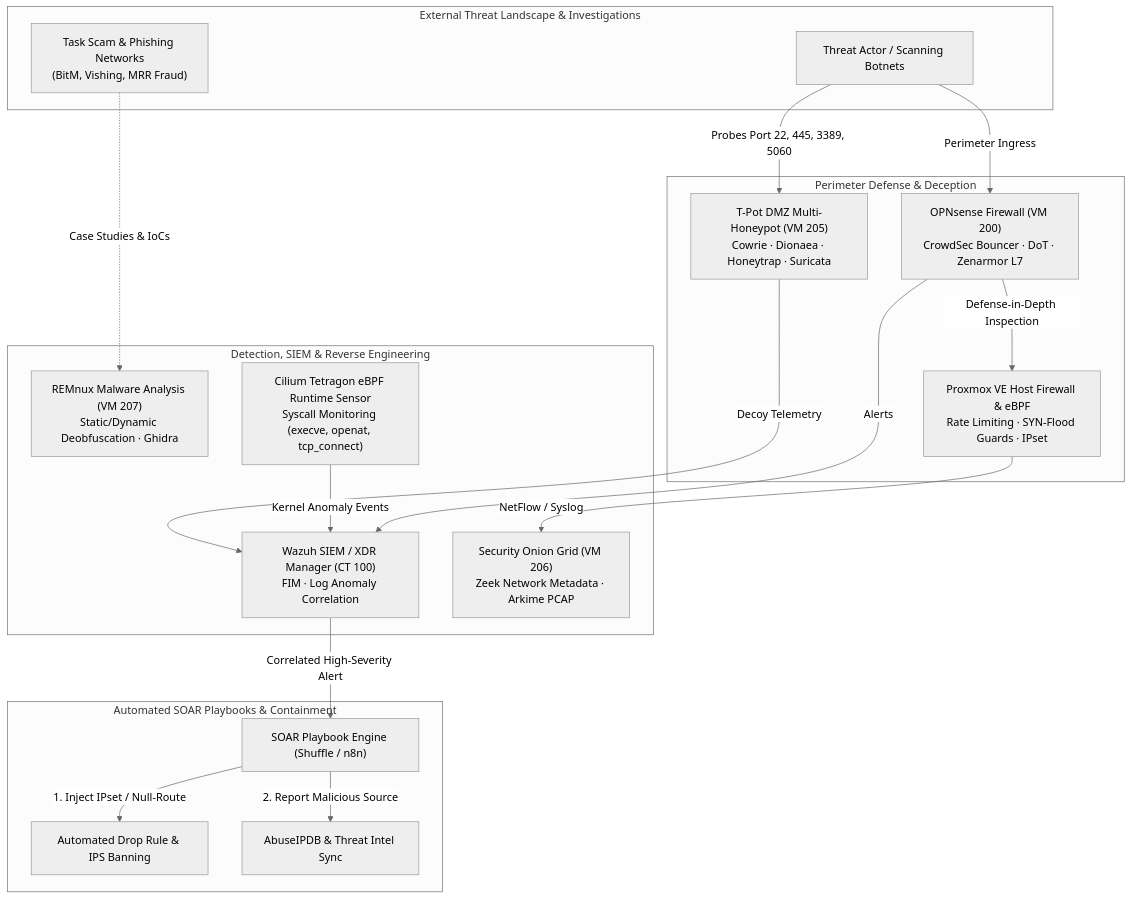
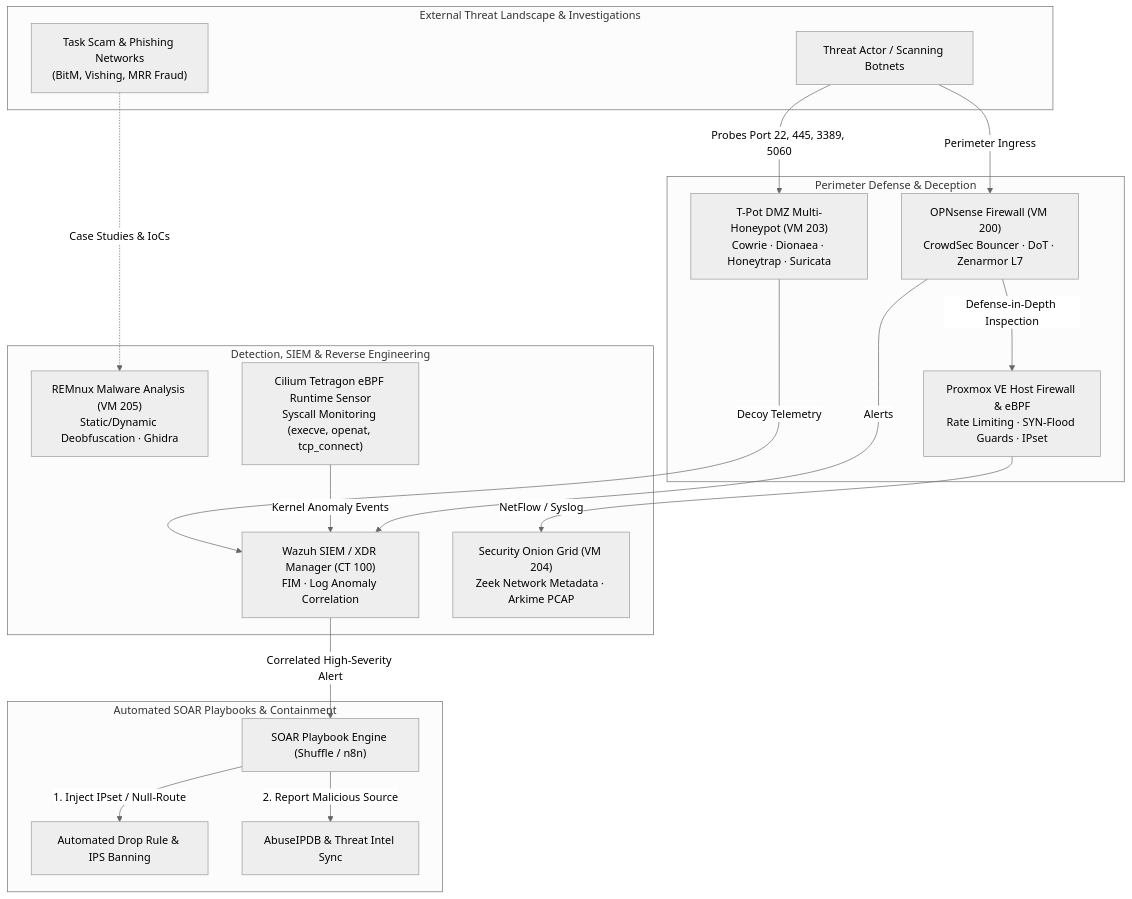
Diagram 14 of 15 in README.md (stefanutc1/datacenter), drawn with Mermaid (neutral theme) before and after one commit. The commit also changed other lines of this file and 27 other files, not shown here.

````diff
--- a/README.md
+++ b/README.md
@@ -582,40 +580,40 @@
 ```mermaid
 flowchart TD
     subgraph External_Threats["External Threat Landscape & Investigations"]
         Attacker["Threat Actor / Scanning Botnets"]
         ScamNet["Task Scam & Phishing Networks<br/>(BitM, Vishing, MRR Fraud)"]
     end
 
     subgraph Perimeter_Defense["Perimeter Defense & Deception"]
-        TPot["T-Pot DMZ Multi-Honeypot (VM 205)<br/>Cowrie · Dionaea · Honeytrap · Suricata"]
+        TPot["T-Pot DMZ Multi-Honeypot (VM 203)<br/>Cowrie · Dionaea · Honeytrap · Suricata"]
         OPN["OPNsense Firewall (VM 200)<br/>CrowdSec Bouncer · DoT · Zenarmor L7"]
         PVEFW["Proxmox VE Host Firewall & eBPF<br/>Rate Limiting · SYN-Flood Guards · IPset"]
     end
 
     subgraph Detection_Analysis["Detection, SIEM & Reverse Engineering"]
         Wazuh["Wazuh SIEM / XDR Manager (CT 100)<br/>FIM · Log Anomaly Correlation"]
-        SecOnion["Security Onion Grid (VM 206)<br/>Zeek Network Metadata · Arkime PCAP"]
-        Remnux["REMnux Malware Analysis (VM 207)<br/>Static/Dynamic Deobfuscation · Ghidra"]
+        SecOnion["Security Onion Grid (VM 204)<br/>Zeek Network Metadata · Arkime PCAP"]
+        Remnux["REMnux Malware Analysis (VM 205)<br/>Static/Dynamic Deobfuscation · Ghidra"]
         Tetra["Cilium Tetragon eBPF Runtime Sensor<br/>Syscall Monitoring (execve, openat, tcp_connect)"]
     end
 
     subgraph Autonomous_SOAR["Automated SOAR Playbooks & Containment"]
         SOAR["SOAR Playbook Engine (Shuffle / n8n)"]
         FirewallAPI["Automated Drop Rule & IPS Banning"]
         ThreatFeed["AbuseIPDB & Threat Intel Sync"]
     end
 
     Attacker -->|"Probes Port 22, 445, 3389, 5060"| TPot
     Attacker -->|"Perimeter Ingress"| OPN
     OPN -->|"Defense-in-Depth Inspection"| PVEFW
     ScamNet -.->|"Case Studies & IoCs"| Remnux
 
     TPot -->|"Decoy Telemetry"| Wazuh
     Tetra -->|"Kernel Anomaly Events"| Wazuh
     PVEFW -->|"NetFlow / Syslog"| SecOnion
     OPN -->|"Alerts"| Wazuh
 
     Wazuh -->|"Correlated High-Severity Alert"| SOAR
     SOAR -->|"1. Inject IPset / Null-Route"| FirewallAPI
     SOAR -->|"2. Report Malicious Source"| ThreatFeed
 ```
````
